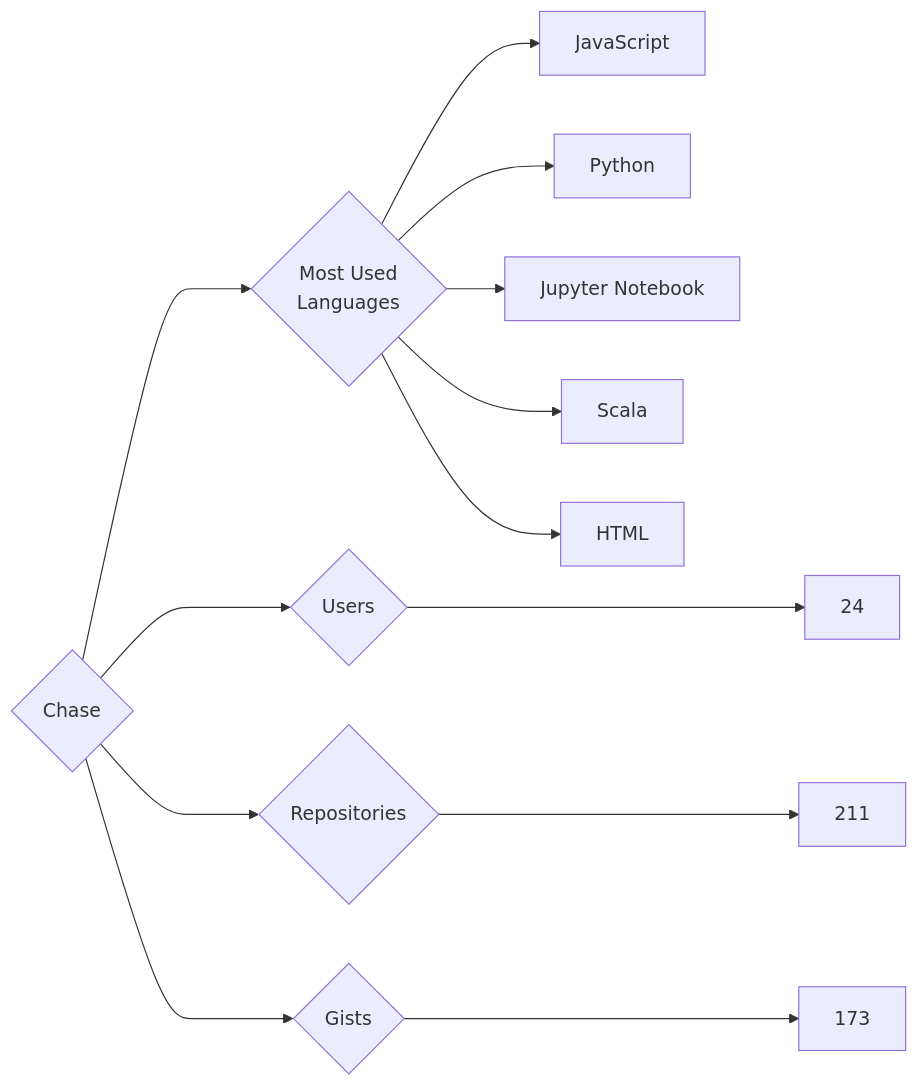
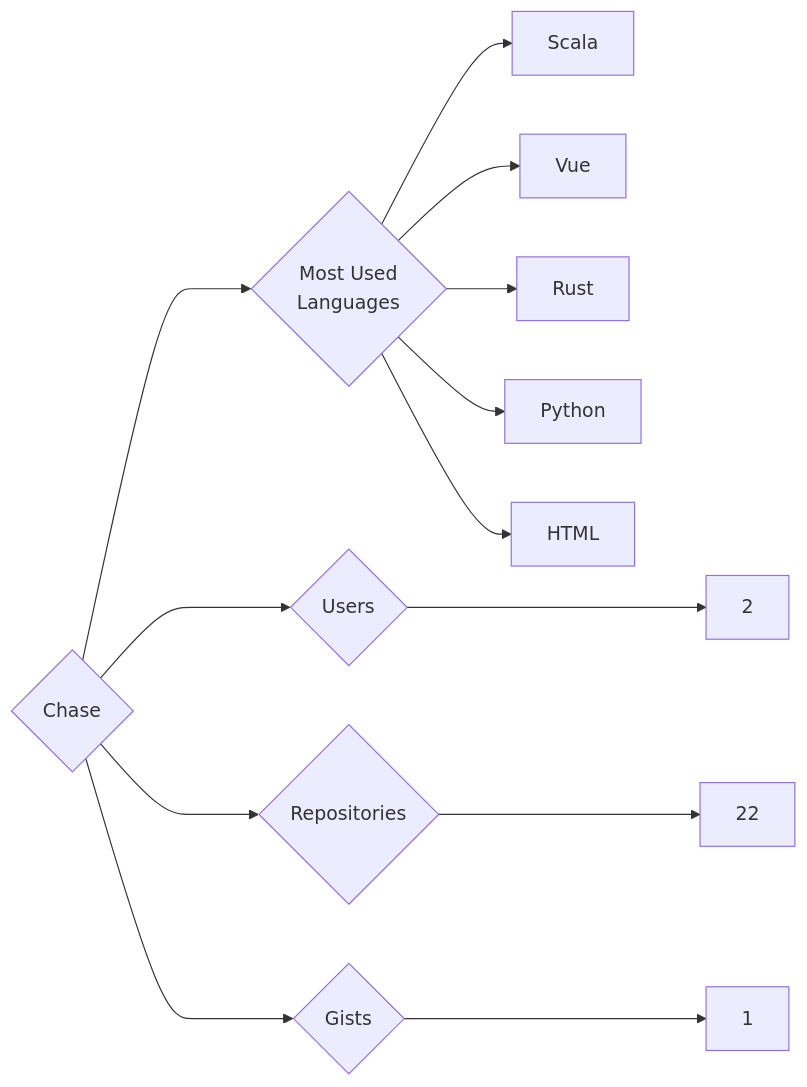
Before and after one commit to trickest/insiders: the diagram in targets/Chase/README.md, drawn with Mermaid. The commit also changed 965 other files, not shown here.

````diff
--- a/targets/Chase/README.md
+++ b/targets/Chase/README.md
@@ -3,13 +3,13 @@
 ```mermaid
 graph LR
 COMPANY_NAME{Chase}
-COMPANY_NAME ---> U{Users} ---> UN[24]
-COMPANY_NAME ---> R{Repositories} ---> RN[211]
-COMPANY_NAME ---> G{Gists} ---> GN[173]
+COMPANY_NAME ---> U{Users} ---> UN[2]
+COMPANY_NAME ---> R{Repositories} ---> RN[22]
+COMPANY_NAME ---> G{Gists} ---> GN[1]
 COMPANY_NAME ---> ML{Most Used<br>Languages}
-ML --> JavaScript[JavaScript]
+ML --> Scala[Scala]
+ML --> Vue[Vue]
+ML --> Rust[Rust]
 ML --> Python[Python]
-ML --> Jupyter_Notebook[Jupyter Notebook]
-ML --> Scala[Scala]
 ML --> HTML[HTML]
 ```
````
